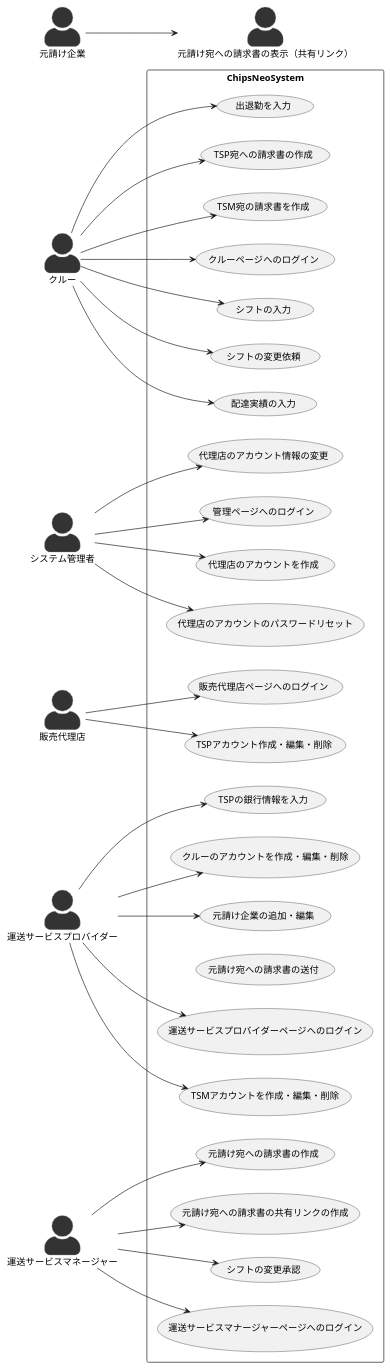
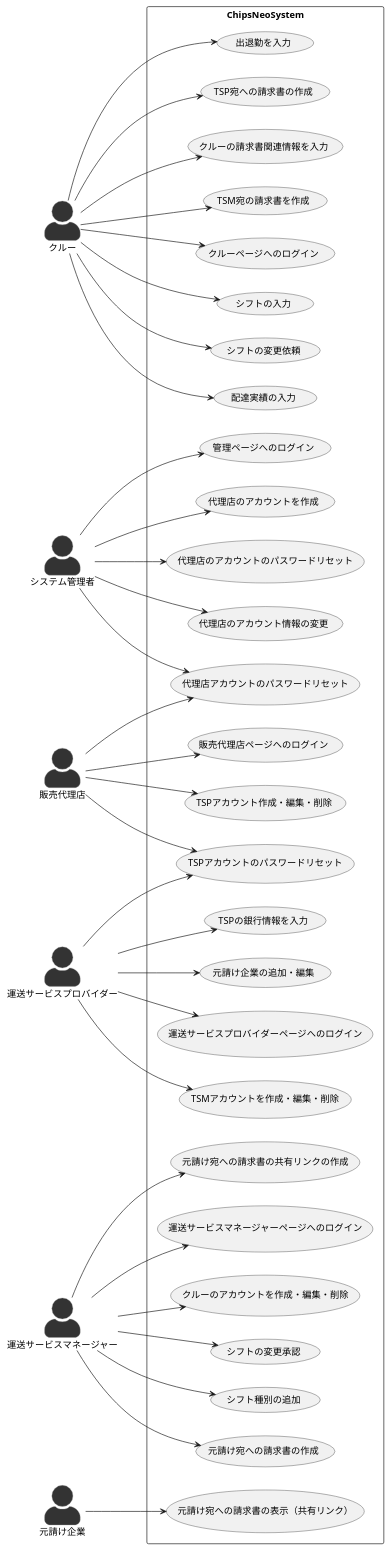
One commit to IsseiClockWise/NeoMaterials changed the diagram in requirement/usecase.md. Above: the diagram before and after it, drawn with PlantUML. The commit also changed other lines of this file, not shown here.

```diff
--- a/requirement/usecase.md
+++ b/requirement/usecase.md
@@ -24,16 +24,18 @@
     usecase "代理店のアカウントを作成"
     usecase "代理店のアカウントのパスワードリセット"
     usecase "代理店のアカウント情報の変更"
+    usecase "代理店アカウントのパスワードリセット"
     usecase "TSPアカウント作成・編集・削除"
+    usecase "TSPアカウントのパスワードリセット"
     usecase "TSMアカウントを作成・編集・削除"
     usecase "TSPの銀行情報を入力"
-    usecase "運送サービスマナージャーページへのログイン"
+    usecase "運送サービスマネージャーページへのログイン"
     usecase "クルーのアカウントを作成・編集・削除"
     usecase "クルーページへのログイン"
     usecase "元請け企業の追加・編集"
     usecase "元請け宛への請求書の作成"
     usecase "元請け宛への請求書の共有リンクの作成"
-    usecase "元請け宛への請求書の送付"
+    usecase "元請け宛への請求書の表示（共有リンク）"
     usecase "シフトの入力"
     usecase "シフトの変更依頼"
     usecase "シフトの変更承認"
@@ -41,27 +43,35 @@
     usecase "配達実績の入力"
     usecase "出退勤を入力"
     usecase "TSP宛への請求書の作成"
-
+    usecase "クルーの請求書関連情報を入力"
+    usecase "シフト種別の追加"
 }
 
 admin --> "管理ページへのログイン"
 admin --> "代理店のアカウントを作成"
 admin --> "代理店のアカウントのパスワードリセット"
 admin --> "代理店のアカウント情報の変更"
+admin --> "代理店アカウントのパスワードリセット"
 
 sales_agent --> "販売代理店ページへのログイン" 
 sales_agent --> "TSPアカウント作成・編集・削除"
+sales_agent --> "代理店アカウントのパスワードリセット"
+
+sales_agent --> "TSPアカウントのパスワードリセット"
+trans_service_provider --> "TSPアカウントのパスワードリセット"
+
 trans_service_provider --> "運送サービスプロバイダーページへのログイン"
-trans_service_provider --> "クルーのアカウントを作成・編集・削除"
+
 trans_service_provider --> "TSMアカウントを作成・編集・削除"
 trans_service_provider --> "TSPの銀行情報を入力"
 trans_service_provider --> "元請け企業の追加・編集"
 
-trans_service_manager --> "運送サービスマナージャーページへのログイン"
+trans_service_manager --> "クルーのアカウントを作成・編集・削除"
+trans_service_manager --> "運送サービスマネージャーページへのログイン"
 trans_service_manager --> "元請け宛への請求書の作成"
 trans_service_manager --> "シフトの変更承認"
 trans_service_manager --> "元請け宛への請求書の共有リンクの作成"
-
+trans_service_manager --> "シフト種別の追加"
 
 crew --> "クルーページへのログイン"
 crew --> "シフトの入力"
@@ -70,6 +80,7 @@
 crew --> "出退勤を入力"
 crew --> "配達実績の入力"
 crew --> "TSP宛への請求書の作成"
+crew --> "クルーの請求書関連情報を入力"
 
 prime_contractor --> "元請け宛への請求書の表示（共有リンク）"
 
```
